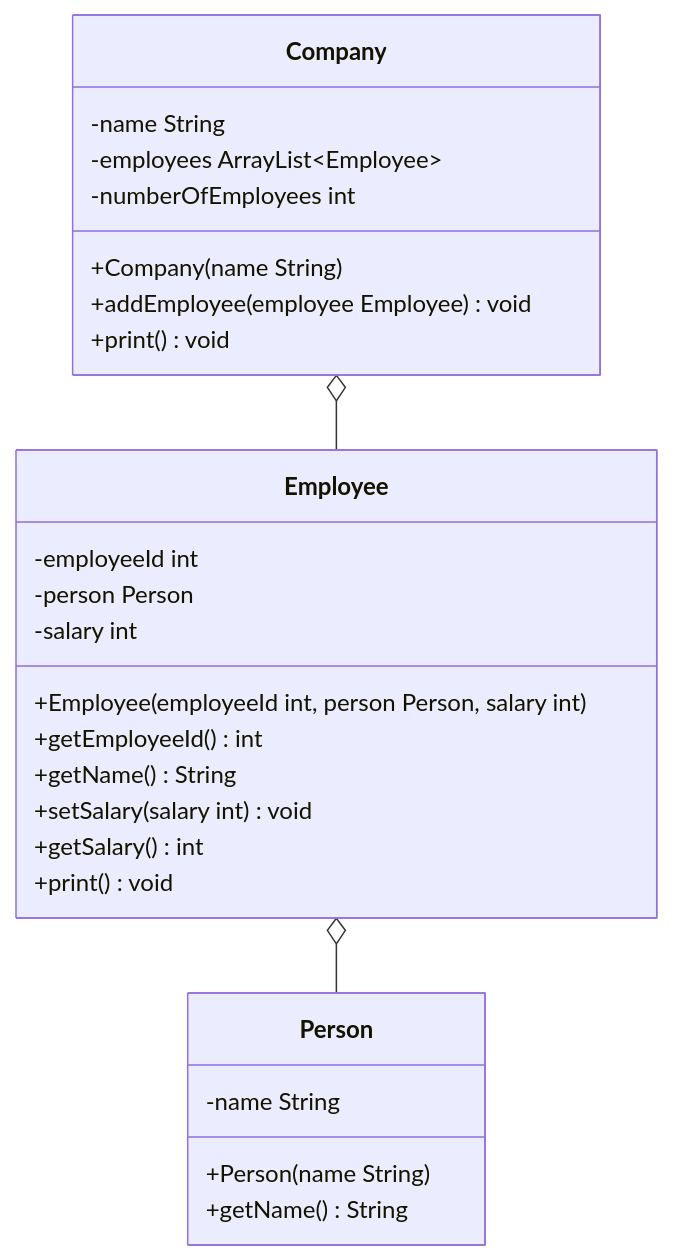
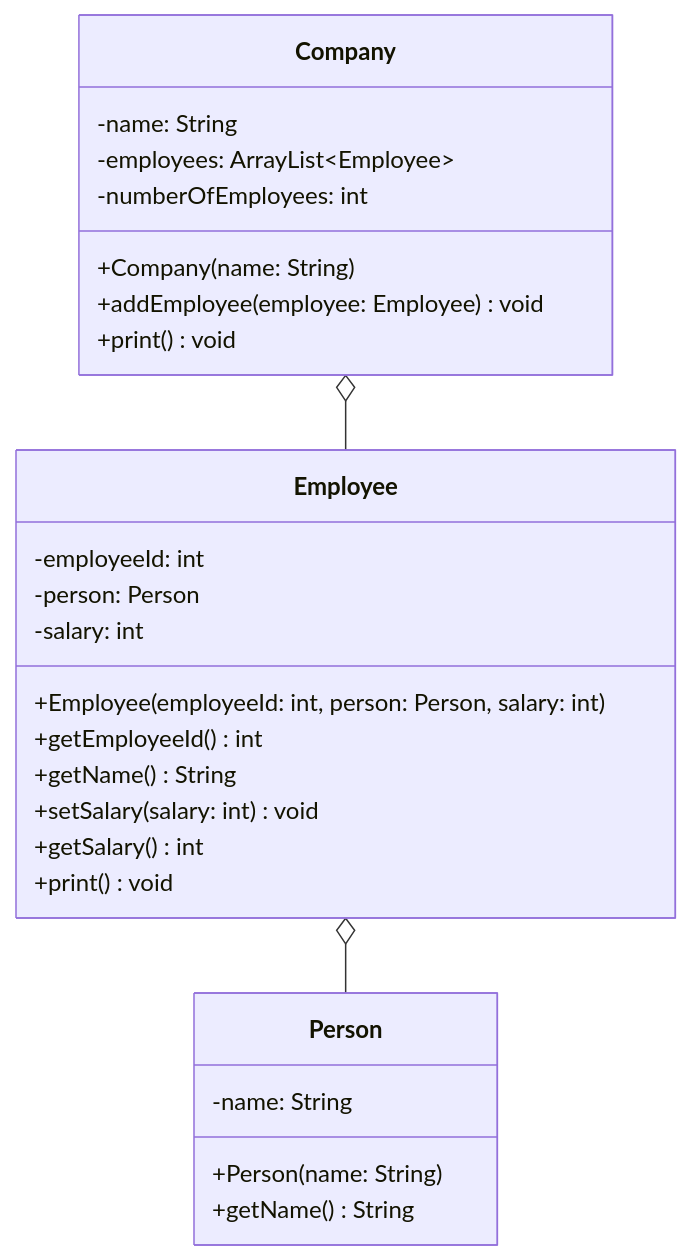
Before and after one commit to jappuccini/java-docs: the diagram in docs/exercises/uml/class-diagrams04.mdx, drawn with Mermaid. The commit also changed other lines of this file and 76 other files, not shown here.

Commit message:
uml fixes (colons, properties), headline fixes (italic) and exam result updates

````diff
--- a/docs/exercises/uml/class-diagrams04.mdx
+++ b/docs/exercises/uml/class-diagrams04.mdx
@@ -15,32 +15,32 @@
 ```mermaid
 classDiagram
     Company o-- Employee
     Employee o-- Person
 
     class Company {
-        -name String
-        -employees ArrayList~Employee~
-        -numberOfEmployees int
-        +Company(name String)
-        +addEmployee(employee Employee) void
+        -name: String
+        -employees: ArrayList~Employee~
+        -numberOfEmployees: int
+        +Company(name: String)
+        +addEmployee(employee: Employee) void
         +print() void
     }
 
     class Person {
-        -name String
-        +Person(name String)
+        -name: String
+        +Person(name: String)
         +getName() String
     }
 
     class Employee {
-        -employeeId int
-        -person Person
-        -salary int
-        +Employee(employeeId int, person Person, salary int)
+        -employeeId: int
+        -person: Person
+        -salary: int
+        +Employee(employeeId: int, person: Person, salary: int)
         +getEmployeeId() int
         +getName() String
-        +setSalary(salary int) void
+        +setSalary(salary: int) void
         +getSalary() int
         +print() void
     }
 ```
````
